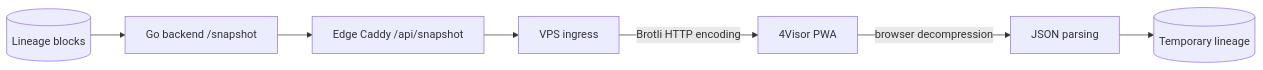
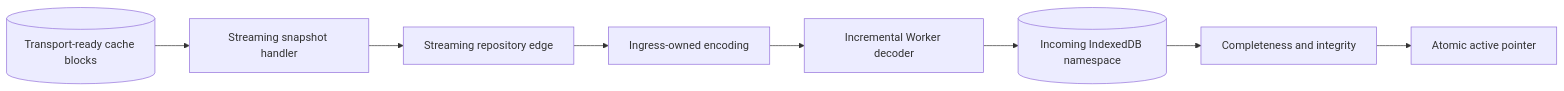
Before and after one commit to federico-paolillo/four-visor: the third of 4 diagrams in docs/SEED.md, drawn with Mermaid. The commit also changed other lines of this file and 3 other files, not shown here.

````diff
--- a/docs/SEED.md
+++ b/docs/SEED.md
@@ -397,9 +540,10 @@
 ```mermaid
 flowchart LR
-    Memcached[(Lineage blocks)] --> Backend[Go backend /snapshot]
-    Backend --> Edge[Edge Caddy /api/snapshot]
-    Edge --> Ingress[VPS ingress]
-    Ingress -->|Brotli HTTP encoding| PWA[4Visor PWA]
-    PWA -->|browser decompression| Parser[JSON parsing]
-    Parser --> IndexedDB[(Temporary lineage)]
+    Cache[(Transport-ready cache blocks)] --> Backend[Streaming snapshot handler]
+    Backend --> Edge[Streaming repository edge]
+    Edge --> Ingress[Ingress-owned encoding]
+    Ingress --> Worker[Incremental Worker decoder]
+    Worker --> Incoming[(Incoming IndexedDB namespace)]
+    Incoming --> Verify[Completeness and integrity]
+    Verify --> Pointer[Atomic active pointer]
 ```
````
